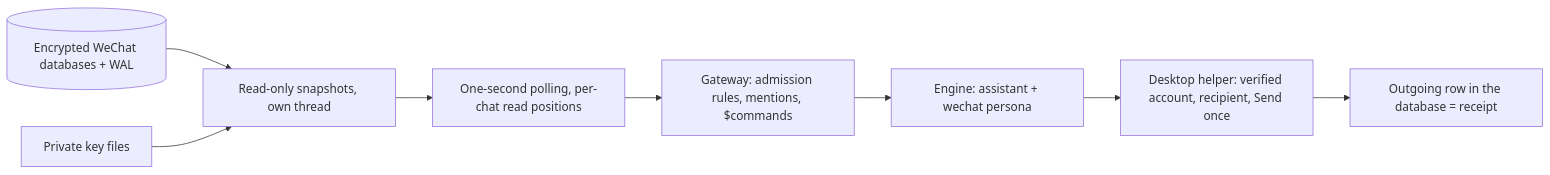
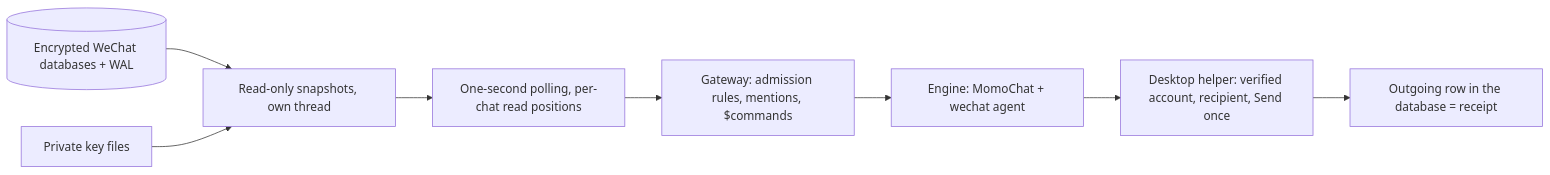
One commit to RustColeone/DiscordStudyBot changed the diagram in docs/WECHAT.md. Above: the diagram before and after it, drawn with Mermaid. The commit also changed other lines of this file and 7 other files, not shown here.

Commit message:
Design notes: agents and students, MomoChat and Chimera built; docs follow the new names

````diff
--- a/docs/WECHAT.md
+++ b/docs/WECHAT.md
@@ -10,10 +10,10 @@
 ```mermaid
 flowchart LR
     DB[(Encrypted WeChat databases + WAL)] --> R[Read-only snapshots, own thread]
     K[Private key files] --> R
     R --> P[One-second polling, per-chat read positions]
     P --> G[Gateway: admission rules, mentions, $commands]
-    G --> E[Engine: assistant + wechat persona]
+    G --> E[Engine: MomoChat + wechat agent]
     E --> S[Desktop helper: verified account, recipient, Send once]
     S --> C[Outgoing row in the database = receipt]
 ```
````
